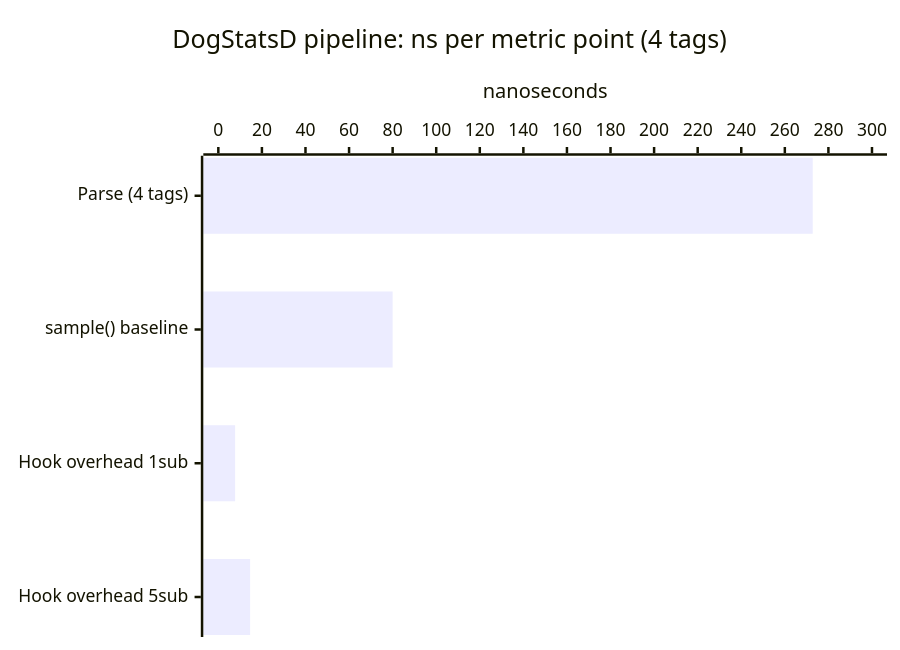
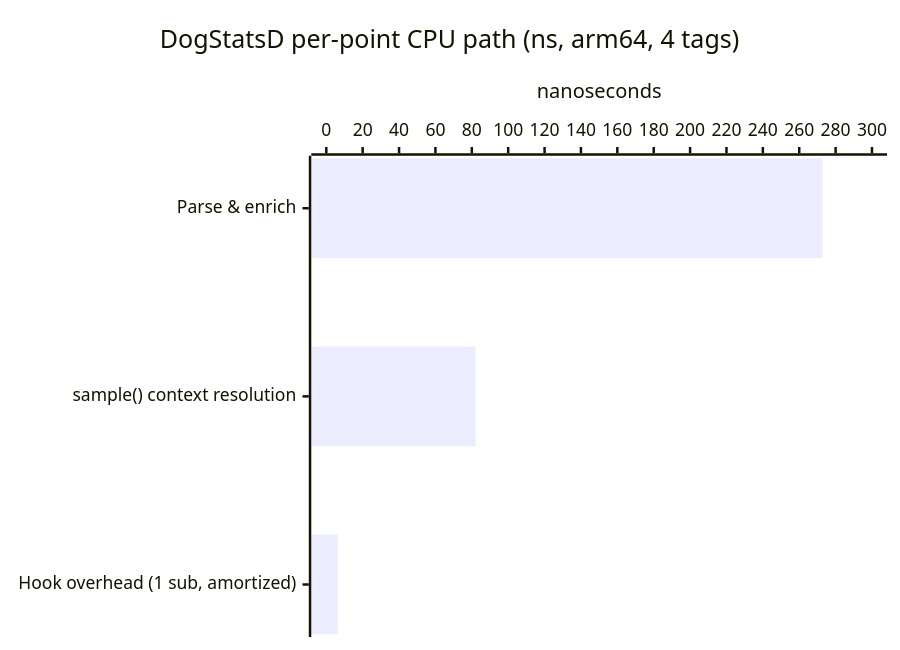
Before and after one commit to kennytrytek-wf/datadog-agent: the third of 3 diagrams in pkg/hook/OVERHEAD.md, drawn with Mermaid. The commit also changed other lines of this file and 1 other file, not shown here.

First line of the commit message:
bench: add no-agg worker and check sampler hook benchmarks; update OVERHEAD.md

````diff
--- a/pkg/hook/OVERHEAD.md
+++ b/pkg/hook/OVERHEAD.md
@@ -149,7 +258,7 @@
 ```mermaid
 xychart-beta horizontal
-    title "DogStatsD pipeline: ns per metric point (4 tags)"
-    x-axis ["Parse (4 tags)", "sample() baseline", "Hook overhead 1sub", "Hook overhead 5sub"]
+    title "DogStatsD per-point CPU path (ns, arm64, 4 tags)"
+    x-axis ["Parse & enrich", "sample() context resolution", "Hook overhead (1 sub, amortized)"]
     y-axis "nanoseconds" 0 --> 300
-    bar [272.8, 80.0, 7.7, 14.6]
+    bar [272.8, 82.0, 6.3]
 ```
````
